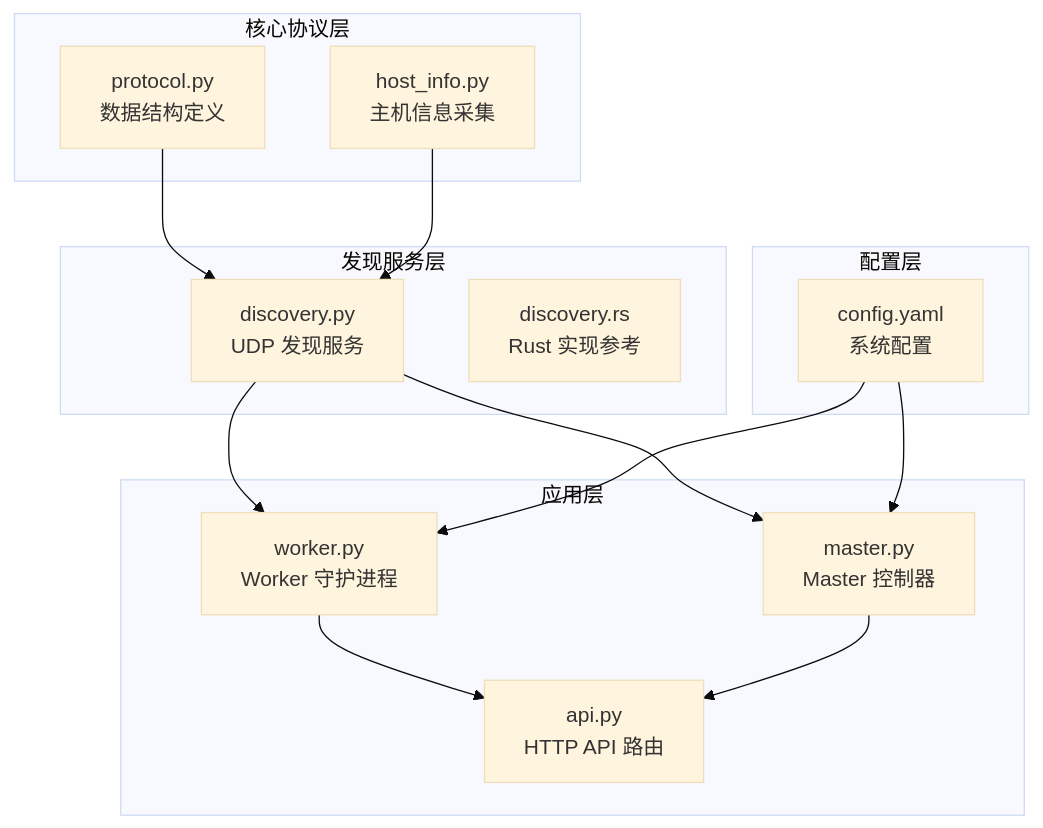
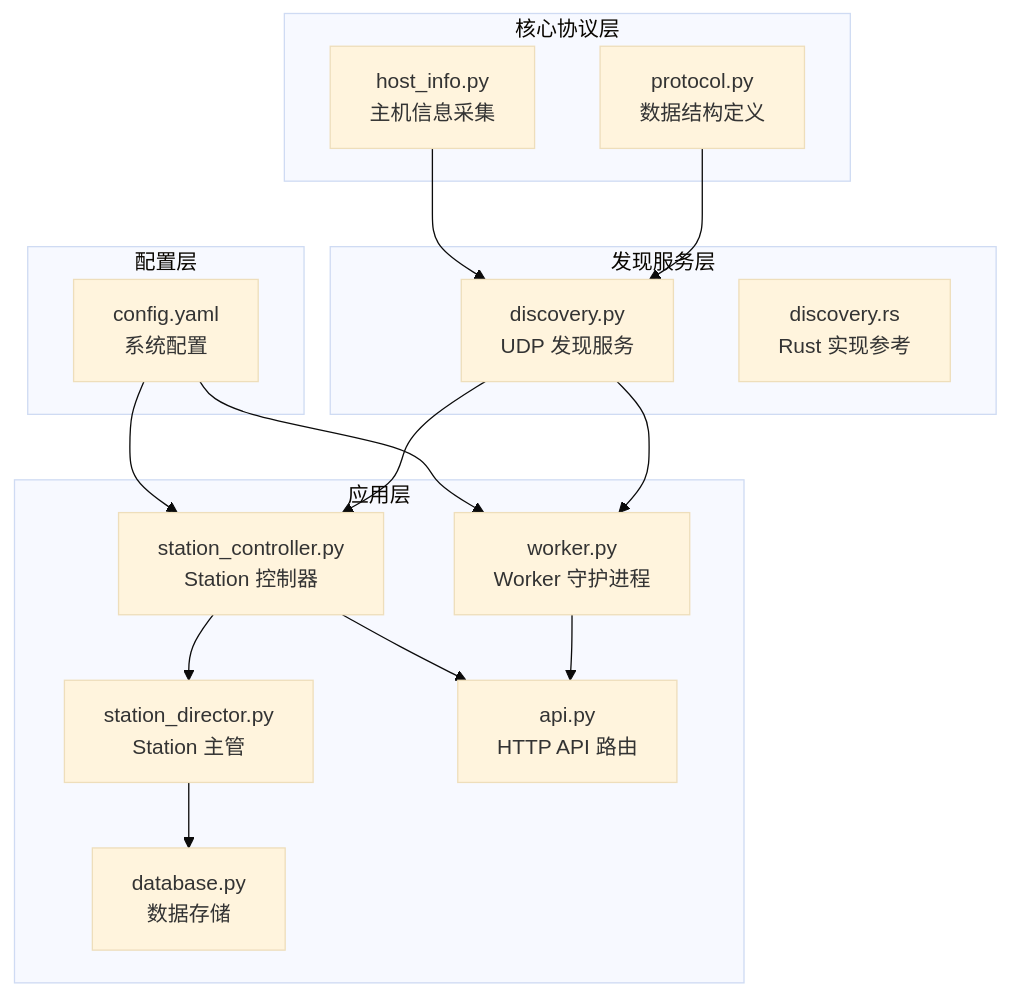
One commit to targalian/Personal-distributed-workstation changed the first of 8 diagrams in .qoder/repowiki/zh/content/架构设计/Worker 代理/通信协议与消息格式/UDP 广播发现协议.md. Above: the diagram before and after it, drawn with Mermaid (base theme). The commit also changed other lines of this file and 69 other files, not shown here.

````diff
--- a/.qoder/repowiki/zh/content/架构设计/Worker 代理/通信协议与消息格式/UDP 广播发现协议.md
+++ b/.qoder/repowiki/zh/content/架构设计/Worker 代理/通信协议与消息格式/UDP 广播发现协议.md
@@ -34,27 +45,31 @@
 ```mermaid
 graph TB
 subgraph "核心协议层"
 Protocol[protocol.py<br/>数据结构定义]
 HostInfo[host_info.py<br/>主机信息采集]
 end
 subgraph "发现服务层"
 Discovery[discovery.py<br/>UDP 发现服务]
 DiscoveryRS[discovery.rs<br/>Rust 实现参考]
 end
 subgraph "应用层"
 Worker[worker.py<br/>Worker 守护进程]
-Master[master.py<br/>Master 控制器]
+StationController[station_controller.py<br/>Station 控制器]
+StationDirector[station_director.py<br/>Station 主管]
 API[api.py<br/>HTTP API 路由]
+Database[database.py<br/>数据存储]
 end
 subgraph "配置层"
 Config[config.yaml<br/>系统配置]
 end
 Protocol --> Discovery
 HostInfo --> Discovery
 Discovery --> Worker
-Discovery --> Master
+Discovery --> StationController
+StationController --> StationDirector
+StationDirector --> Database
 Worker --> API
-Master --> API
+StationController --> API
 Config --> Worker
-Config --> Master
+Config --> StationController
 ```
````
